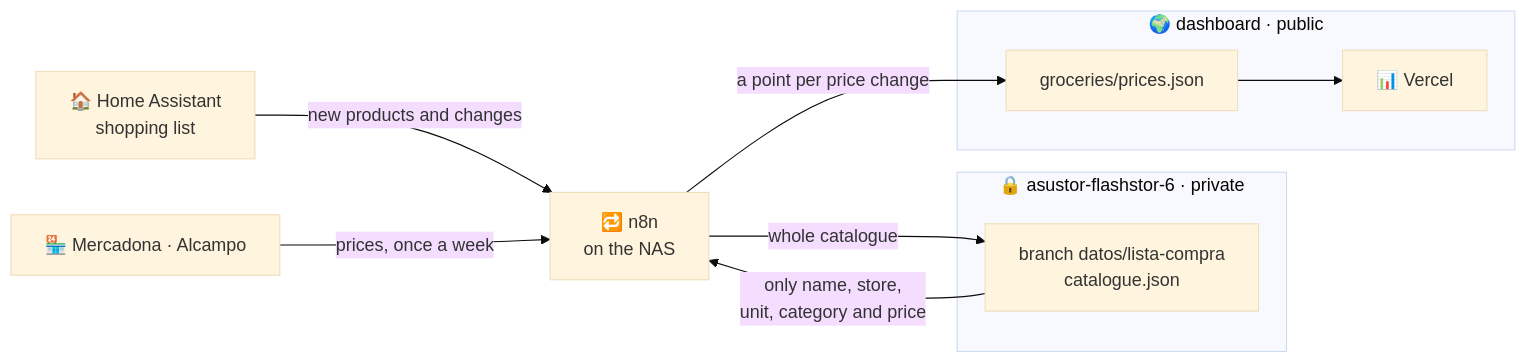
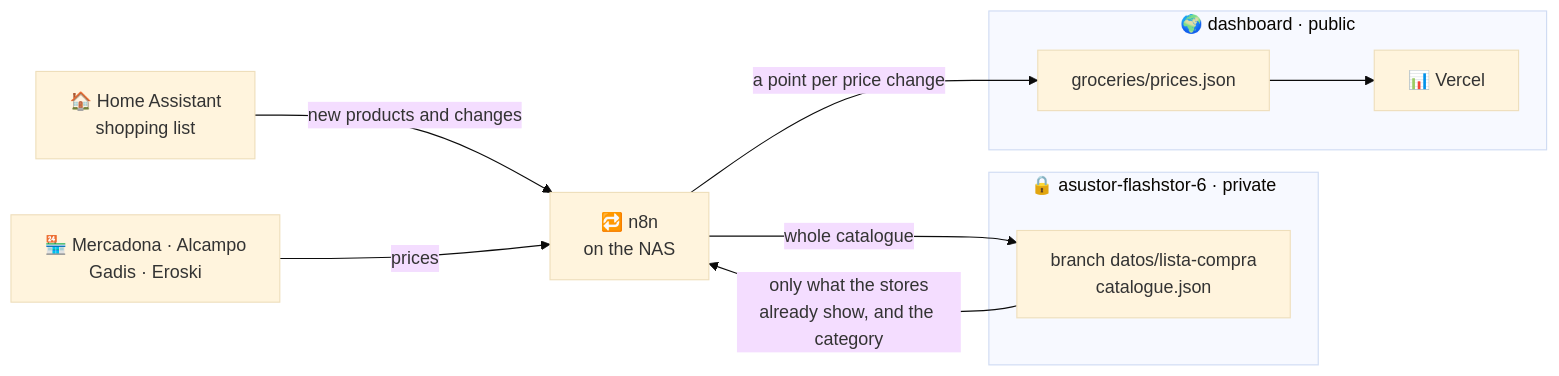
One commit to moilolon/dashboard changed the diagram in README.md. Above: the diagram before and after it, drawn with Mermaid (base theme). The commit also changed other lines of this file and 6 other files, not shown here.

````diff
--- a/README.md
+++ b/README.md
@@ -46,22 +46,22 @@
 ```mermaid
 flowchart LR
     HA["🏠 Home Assistant<br/>shopping list"]
     N8N["🔁 n8n<br/>on the NAS"]
-    STORES["🏪 Mercadona · Alcampo"]
+    STORES["🏪 Mercadona · Alcampo<br/>Gadis · Eroski"]
 
     subgraph PRIV["🔒 asustor-flashstor-6 · private"]
         CAT["branch datos/lista-compra<br/>catalogue.json"]
     end
 
     subgraph PUB["🌍 dashboard · public"]
         JSON["groceries/prices.json"]
         WEB["📊 Vercel"]
     end
 
     HA -- "new products and changes" --> N8N
-    STORES -- "prices, once a week" --> N8N
+    STORES -- "prices" --> N8N
     N8N -- "whole catalogue" --> CAT
-    CAT -- "only name, store,<br/>unit, category and price" --> N8N
+    CAT -- "only what the stores<br/>already show, and the category" --> N8N
     N8N -- "a point per price change" --> JSON
     JSON --> WEB
 ```
````
